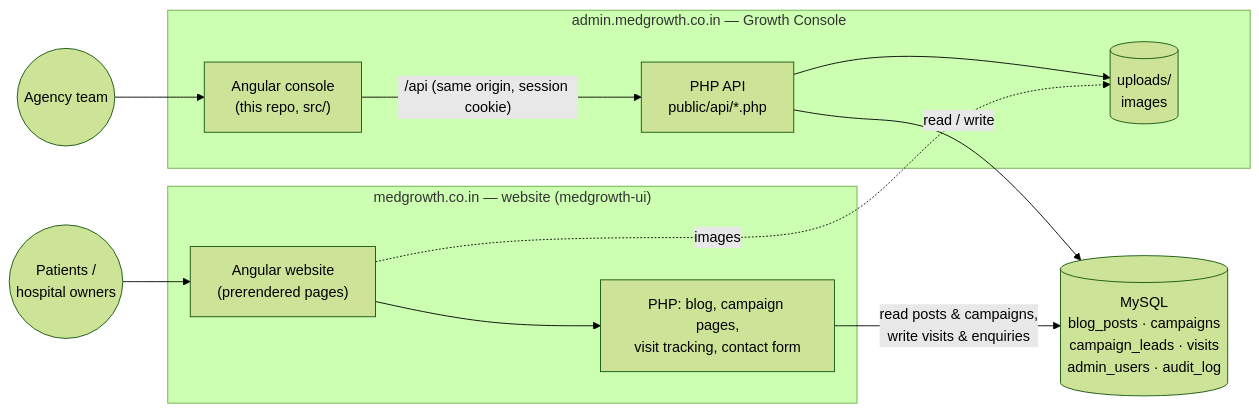
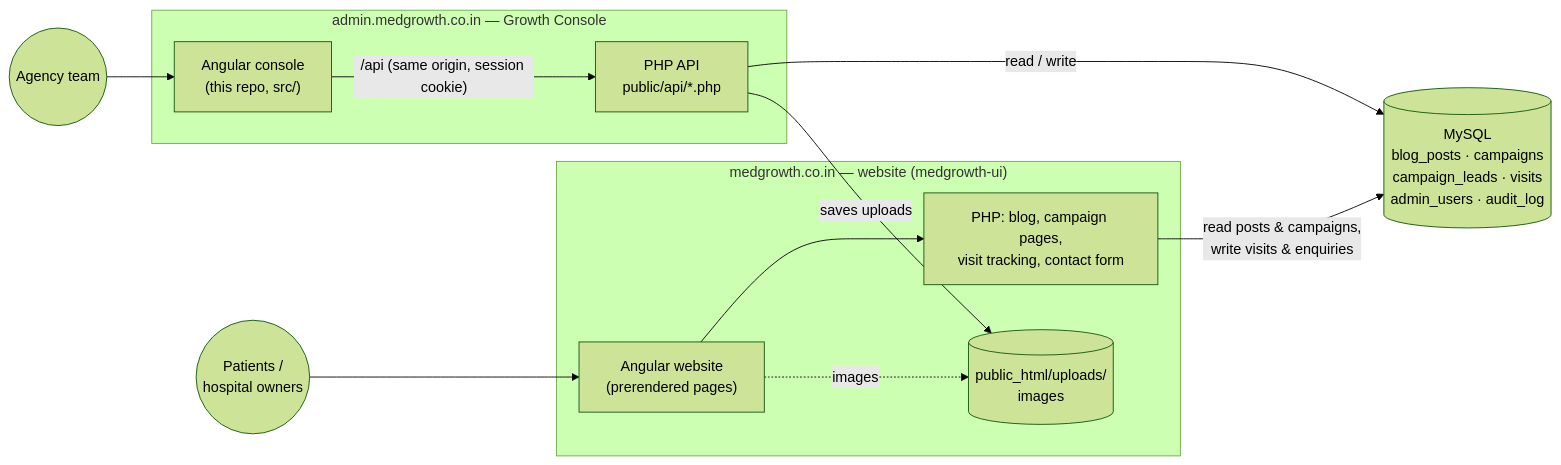
The first of 2 diagrams in README.md (anirban-deb-cell/growth-console), drawn with Mermaid (forest theme) before and after one commit. The commit also changed other lines of this file and 12 other files, not shown here.

````diff
--- a/README.md
+++ b/README.md
@@ -32,24 +32,24 @@
 ```mermaid
 flowchart LR
   subgraph Admin["admin.medgrowth.co.in — Growth Console"]
     UI["Angular console<br/>(this repo, src/)"]
     API["PHP API<br/>public/api/*.php"]
-    UP[("uploads/<br/>images")]
     UI -- "/api (same origin, session cookie)" --> API
-    API --> UP
   end
 
   subgraph Site["medgrowth.co.in — website (medgrowth-ui)"]
     WEB["Angular website<br/>(prerendered pages)"]
     WPHP["PHP: blog, campaign pages,<br/>visit tracking, contact form"]
+    UP[("public_html/uploads/<br/>images")]
     WEB --> WPHP
+    WEB -. "images" .-> UP
   end
 
   DB[("MySQL<br/>blog_posts · campaigns<br/>campaign_leads · visits<br/>admin_users · audit_log")]
 
   API -- "read / write" --> DB
   WPHP -- "read posts & campaigns,<br/>write visits & enquiries" --> DB
-  WEB -. "images" .-> UP
+  API -- "saves uploads" --> UP
   Team(("Agency team")) --> UI
   Visitors(("Patients /<br/>hospital owners")) --> WEB
 ```
````
